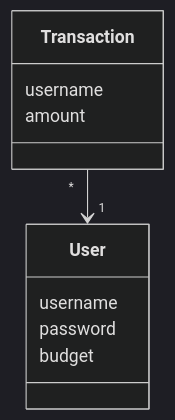
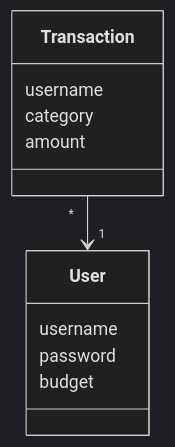
Before and after one commit to eerolasi/ot-harjoitustyo: the first of 2 diagrams in budgetapp/dokumentaatio/arkkitehtuuri.md, drawn with Mermaid (dark theme). The commit also changed other lines of this file, not shown here.

````diff
--- a/budgetapp/dokumentaatio/arkkitehtuuri.md
+++ b/budgetapp/dokumentaatio/arkkitehtuuri.md
@@ -3,9 +4,10 @@
 ```mermaid
 classDiagram
 Transaction "*" --> "1" User
 Transaction: username
+Transaction: category
 Transaction: amount
 User: username
 User: password
 User: budget
 ```
````
